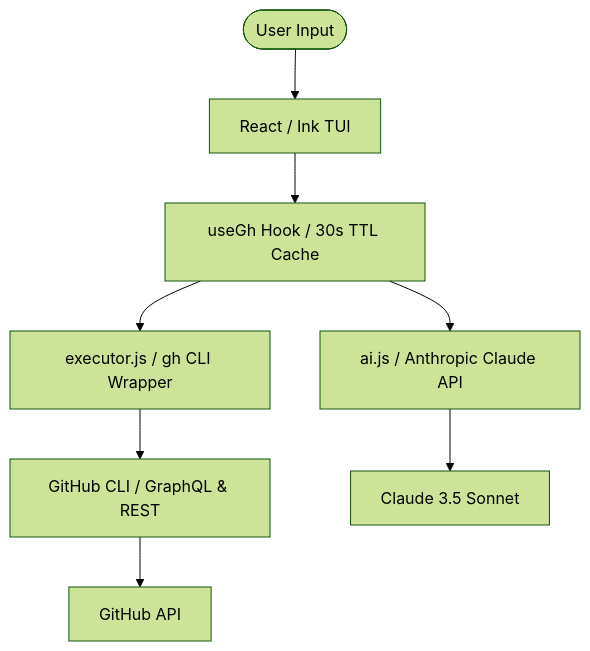
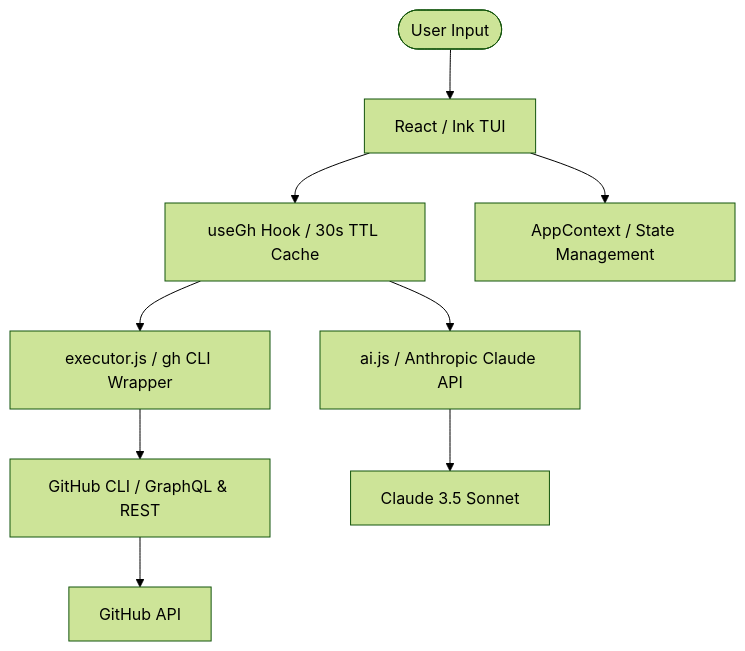
The diagram in README.md (saketh-kowtha/lgh), drawn with Mermaid (forest theme) before and after one commit. The commit also changed other lines of this file and 1 other file, not shown here.

````diff
--- a/README.md
+++ b/README.md
@@ -30,10 +30,11 @@
 ```mermaid
 graph TD
     User([User Input]) --> UI[React / Ink TUI]
     UI --> Hook[useGh Hook / 30s TTL Cache]
+    UI --> Context[AppContext / State Management]
     Hook --> Executor[executor.js / gh CLI Wrapper]
     Hook --> AI[ai.js / Anthropic Claude API]
     Executor --> GH[GitHub CLI / GraphQL & REST]
     AI --> Claude[Claude 3.5 Sonnet]
     GH --> API[GitHub API]
 ```
````
